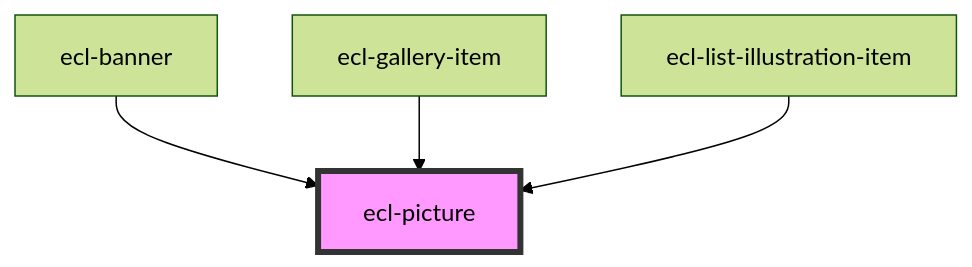
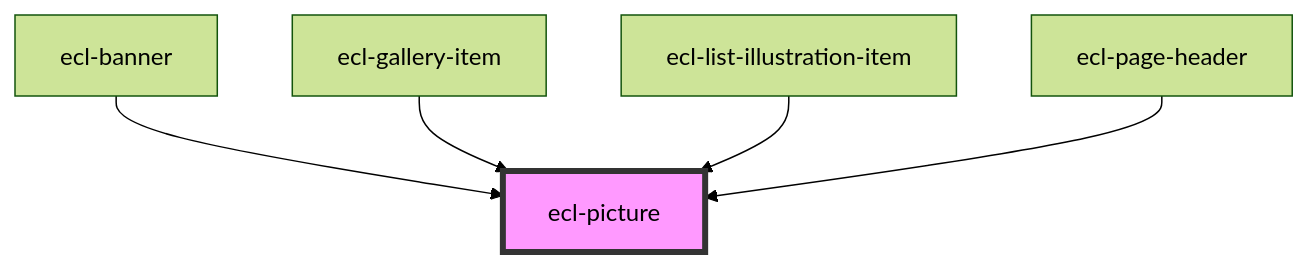
Before and after one commit to ec-europa/ecl-webcomponents: the diagram in src/components/ecl-picture/readme.md, drawn with Mermaid (forest theme). The commit also changed other lines of this file and 5 other files, not shown here.

Commit message:
chore(Webcomponents): Page header, 3.8.2

````diff
--- a/src/components/ecl-picture/readme.md
+++ b/src/components/ecl-picture/readme.md
@@ -28,7 +29,8 @@
 ```mermaid
 graph TD;
   ecl-banner --> ecl-picture
   ecl-gallery-item --> ecl-picture
   ecl-list-illustration-item --> ecl-picture
+  ecl-page-header --> ecl-picture
   style ecl-picture fill:#f9f,stroke:#333,stroke-width:4px
 ```
````
